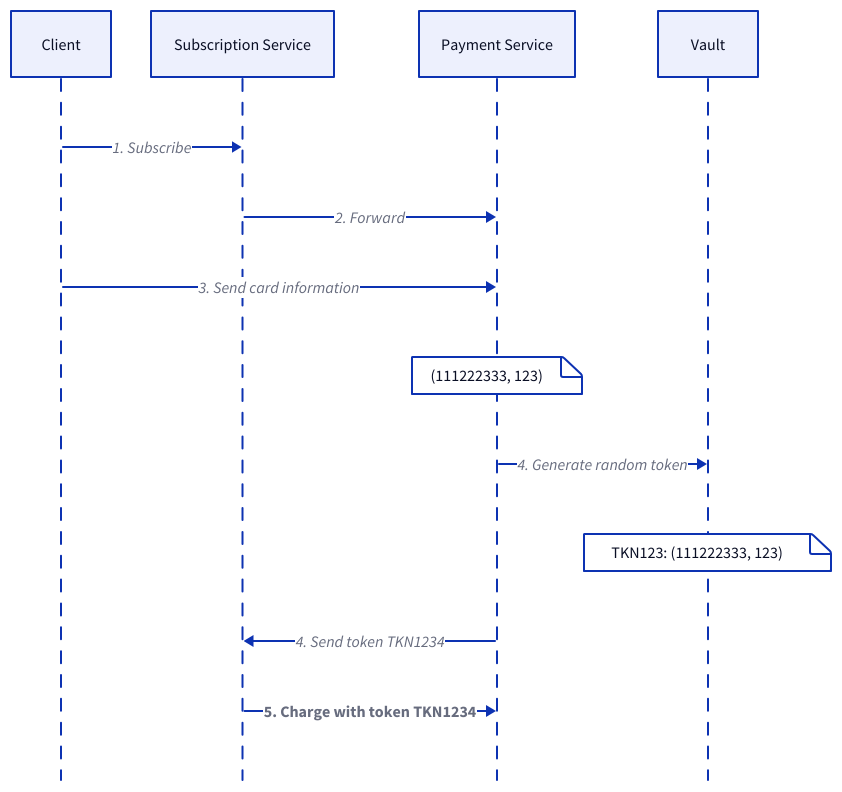
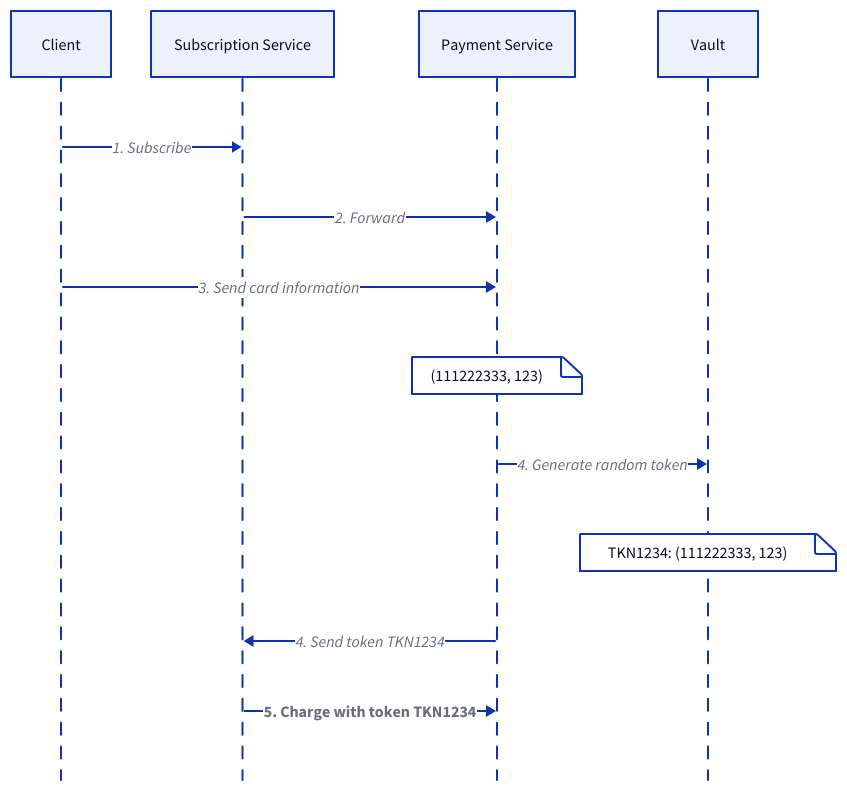
One commit to link1905/system-design-101 changed the second of 13 diagrams in content/system-administration/system-protection/data-security.md. Above: the diagram before and after it, drawn with D2. The commit also changed other lines of this file and 42 other files, not shown here.

````diff
--- a/content/system-administration/system-protection/data-security.md
+++ b/content/system-administration/system-protection/data-security.md
@@ -122,26 +113,26 @@
 ```d2
 shape: sequence_diagram
 c: Client { class: client }
 s: Subscription Service { class: server }
 p: Payment Service
 v: Vault
 
 c -> s: 1. Subscribe
 s -> p: 2. Forward
 c -> p: 3. Send card information
 p {
   k: |||yaml
   (111222333, 123)
   |||
 }
 p -> v: 4. Generate random token
 v {
   k: |||yaml
-  TKN123: (111222333, 123)
+  TKN1234: (111222333, 123)
   |||
 }
 p -> s: 4. Send token TKN1234
 s -> p: 5. Charge with token TKN1234 {
   style.bold: true
 }
 ```
````
